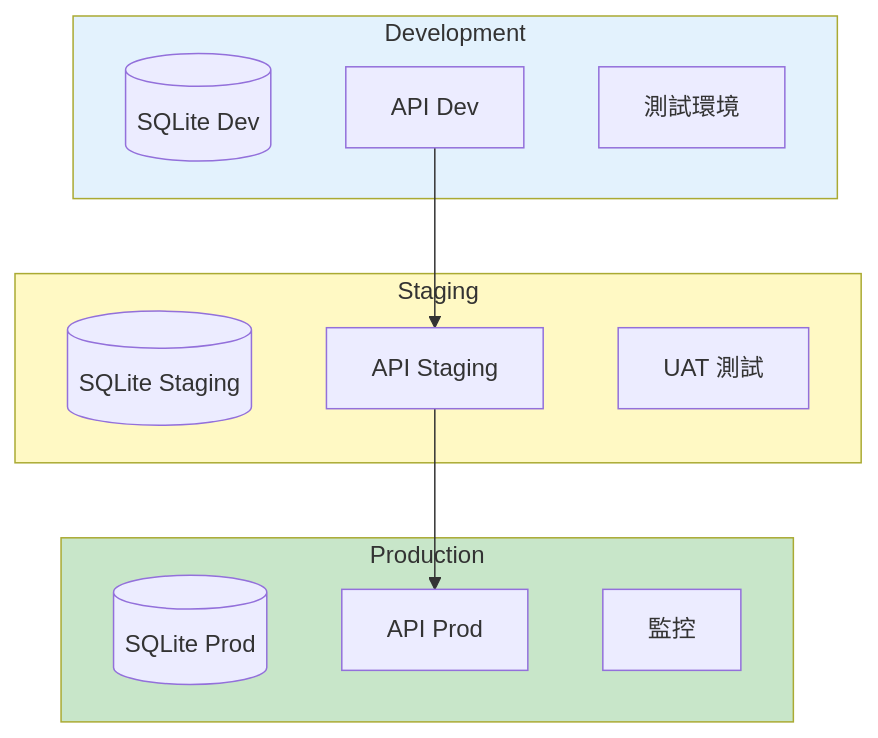
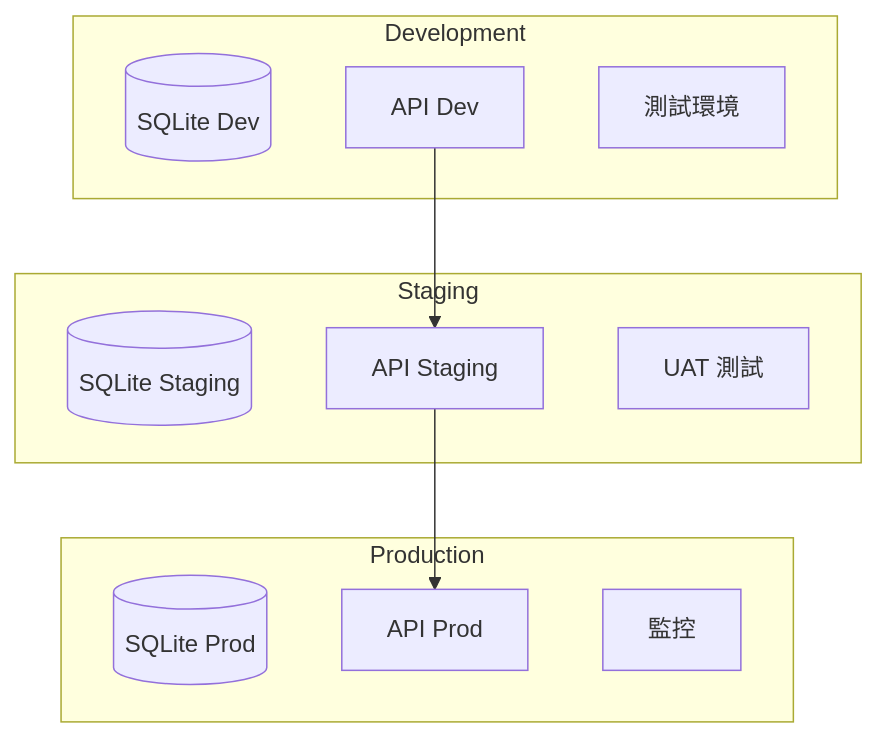
Diagram 15 of 23 in README.md (tboydar/service-booking-api), drawn with Mermaid before and after one commit. The commit also changed other lines of this file and 2 other files, not shown here.

````diff
--- a/README.md
+++ b/README.md
@@ -1115,27 +1082,24 @@
 ```mermaid
 flowchart TD
     subgraph "Development"
         Dev_DB[(SQLite Dev)]
         Dev_API[API Dev]
         Dev_Test[測試環境]
     end
 
     subgraph "Staging"
         Stg_DB[(SQLite Staging)]
         Stg_API[API Staging]
         Stg_Test[UAT 測試]
     end
 
     subgraph "Production"
         Prod_DB[(SQLite Prod)]
         Prod_API[API Prod]
         Prod_Monitor[監控]
     end
 
     Dev_API --> Stg_API
     Stg_API --> Prod_API
 
-    style Development fill:#e3f2fd
-    style Staging fill:#fff9c4
-    style Production fill:#c8e6c9
 ```
````
